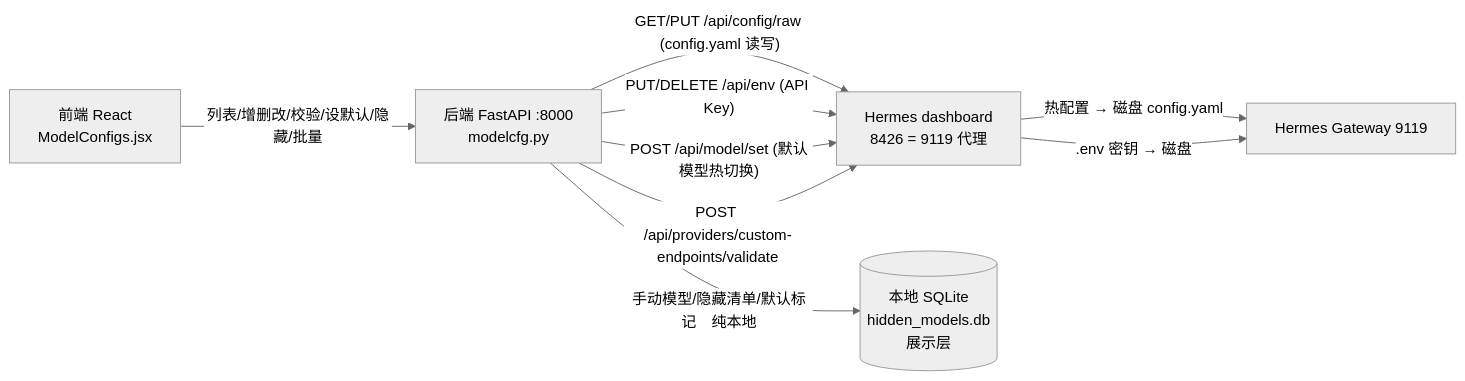
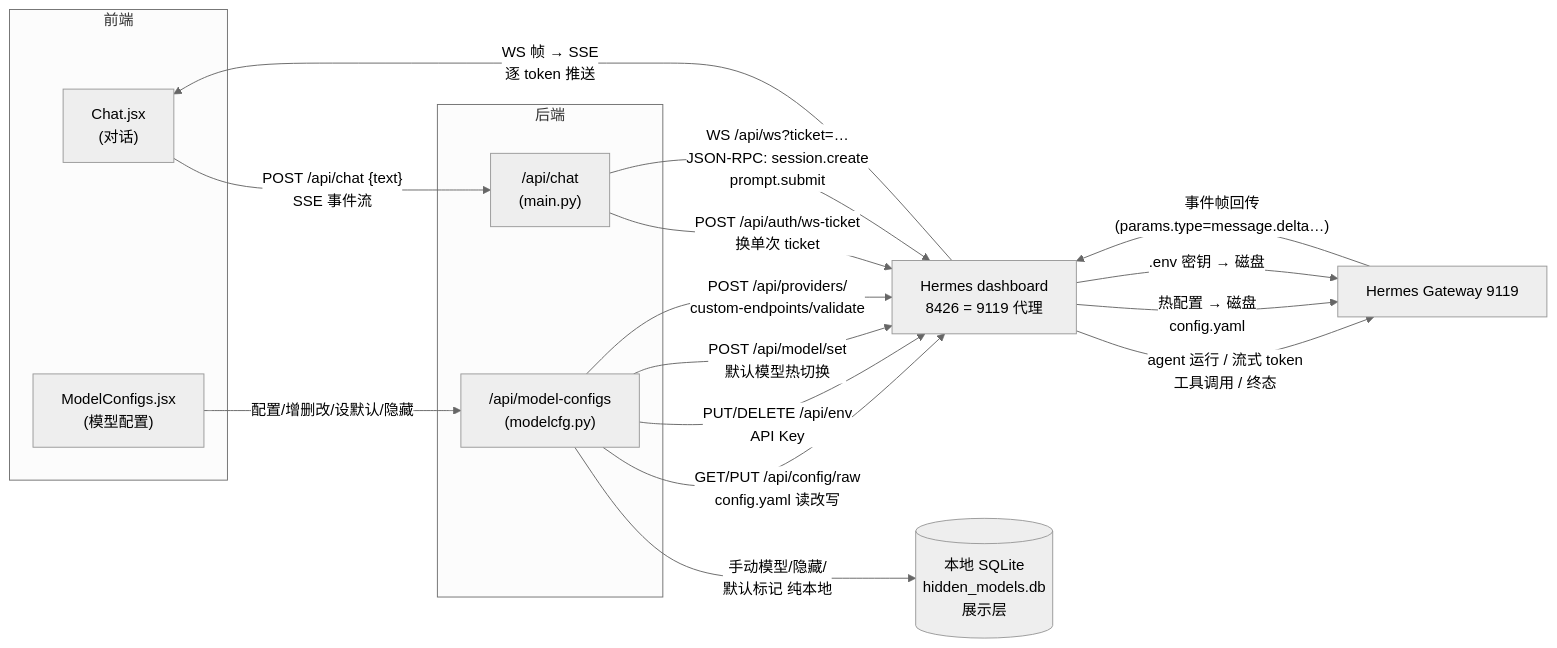
Before and after one commit to yeeqen00111/hermes-web-console: the first of 12 diagrams in model-configs-flow.md, drawn with Mermaid (neutral theme). The commit also changed other lines of this file, not shown here.

Commit message:
docs: expand overview & panorama to cover chat flow alongside model-config

````diff
--- a/model-configs-flow.md
+++ b/model-configs-flow.md
@@ -30,17 +35,36 @@
 ```mermaid
 flowchart LR
-    F["前端 React<br/>ModelConfigs.jsx"]
-    B["后端 FastAPI :8000<br/>modelcfg.py"]
+    subgraph 前端
+        FChat["Chat.jsx<br/>(对话)"]
+        FConf["ModelConfigs.jsx<br/>(模型配置)"]
+    end
+
+    subgraph 后端
+        BChat["/api/chat<br/>(main.py)"]
+        BConf["/api/model-configs<br/>(modelcfg.py)"]
+    end
+
     DH["Hermes dashboard<br/>8426 = 9119 代理"]
     GW["Hermes Gateway 9119"]
     SQ[("本地 SQLite<br/>hidden_models.db<br/>展示层")]
 
-    F -- "列表/增删改/校验/设默认/隐藏/批量" --> B
-    B -- "GET/PUT /api/config/raw (config.yaml 读写)" --> DH
-    B -- "PUT/DELETE /api/env (API Key)" --> DH
-    B -- "POST /api/model/set (默认模型热切换)" --> DH
-    B -- "POST /api/providers/custom-endpoints/validate" --> DH
-    B -- "手动模型/隐藏清单/默认标记　纯本地" --> SQ
-    DH -- "热配置 → 磁盘 config.yaml" --> GW
+    %% ── 模型配置链路 ──
+    FConf -- "配置/增删改/设默认/隐藏" --> BConf
+    BConf -- "GET/PUT /api/config/raw<br/>config.yaml 读改写" --> DH
+    BConf -- "PUT/DELETE /api/env<br/>API Key" --> DH
+    BConf -- "POST /api/model/set<br/>默认模型热切换" --> DH
+    BConf -- "POST /api/providers/<br/>custom-endpoints/validate" --> DH
+    BConf -- "手动模型/隐藏/<br/>默认标记 纯本地" --> SQ
+
+    %% ── 对话链路 ──
+    FChat -- "POST /api/chat {text}<br/>SSE 事件流" --> BChat
+    BChat -- "POST /api/auth/ws-ticket<br/>换单次 ticket" --> DH
+    BChat -- "WS /api/ws?ticket=…<br/>JSON-RPC: session.create<br/>prompt.submit" --> DH
+    DH -- "agent 运行 / 流式 token<br/>工具调用 / 终态" --> GW
+    GW -- "事件帧回传<br/>(params.type=message.delta…)" --> DH
+    DH -- "WS 帧 → SSE<br/>逐 token 推送" --> FChat
+
+    %% ── dashboard → gateway 持久化 ──
+    DH -- "热配置 → 磁盘<br/>config.yaml" --> GW
     DH -- ".env 密钥 → 磁盘" --> GW
 ```
````
